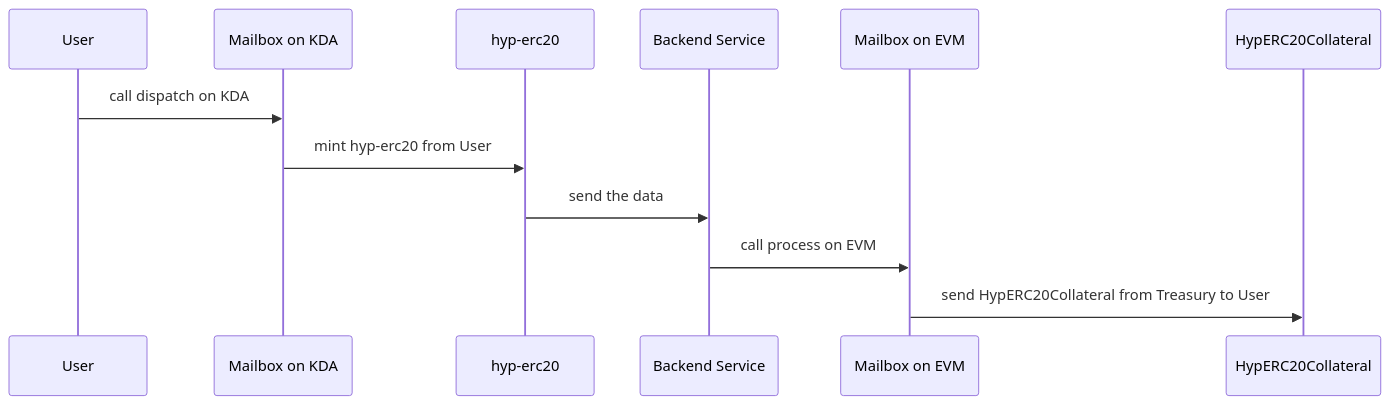
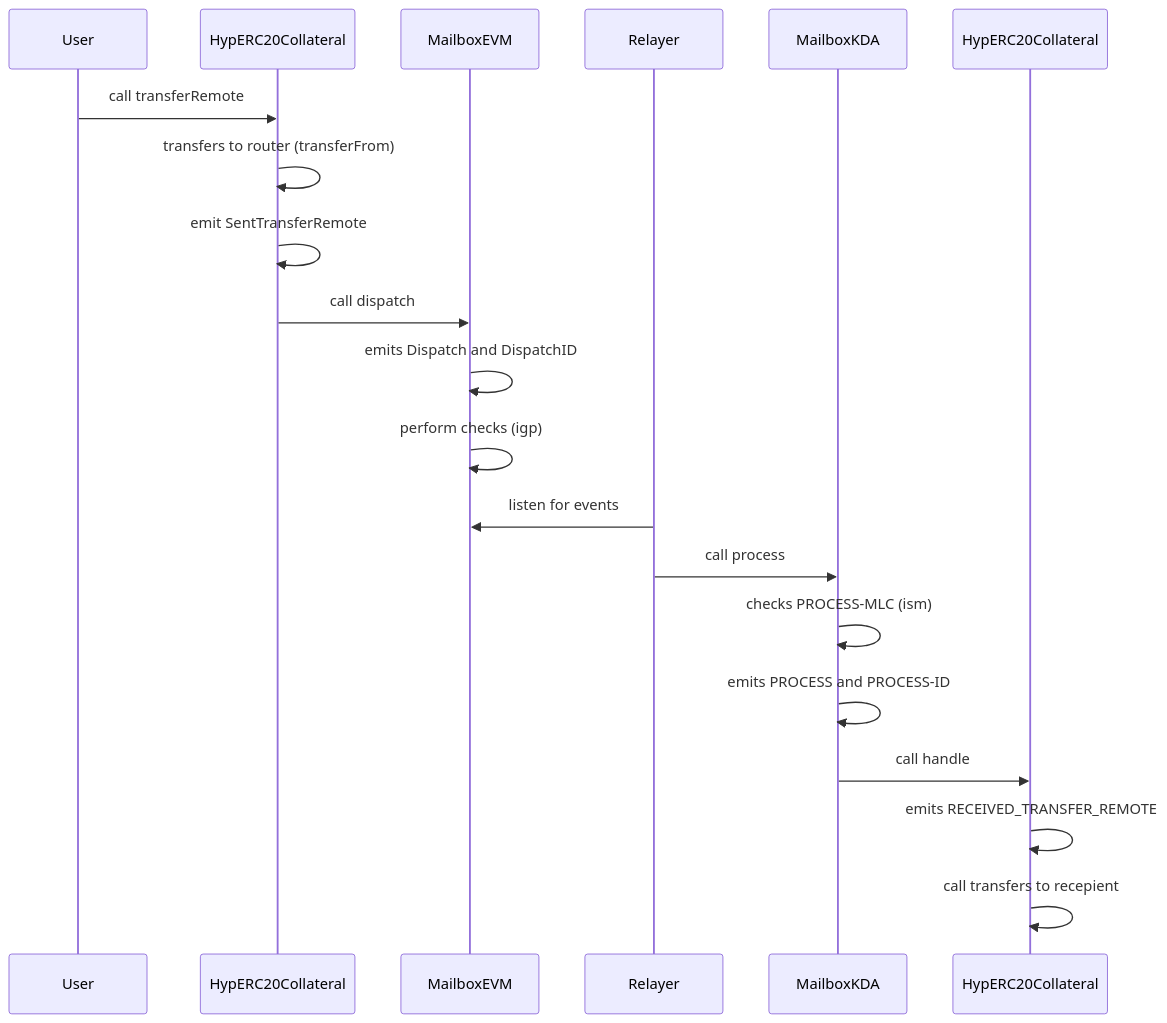
The fourth of 8 diagrams in docs/bridge-flow.md (RastkoDev/smart-contracts), drawn with Mermaid before and after one commit. The commit also changed other lines of this file, not shown here.

Commit message:
docs: update bridge flow documentation with detailed sequence diagrams for ETH to KDA and KDA to ETH transfers

````diff
--- a/docs/bridge-flow.md
+++ b/docs/bridge-flow.md
@@ -25,15 +93,28 @@
 ```mermaid
 sequenceDiagram
-    participant U as User
-    participant MKDA as Mailbox on KDA
-    participant KDA as hyp-erc20
-    participant BE as Backend Service
-    participant MEVM as Mailbox on EVM
-    participant EVM as HypERC20Collateral
+    participant User
+    participant HypERC20ETH as HypERC20Collateral
+    participant MailboxETH as MailboxEVM
+    participant Relayer
+    participant MailboxKDA as MailboxKDA
+    participant HypERC20KDA as HypERC20Collateral
 
-    U->>MKDA: call dispatch on KDA
-    MKDA->>KDA: mint hyp-erc20 from User
-    KDA->>BE: send the data
-    BE->>MEVM: call process on EVM
-    MEVM->>EVM: send HypERC20Collateral from Treasury to User
+    User->>HypERC20ETH: call transferRemote
+    HypERC20ETH->>HypERC20ETH: transfers to router (transferFrom)
+
+    HypERC20ETH->>HypERC20ETH: emit SentTransferRemote
+    HypERC20ETH->>MailboxETH: call dispatch
+    MailboxETH->>MailboxETH: emits Dispatch and DispatchID
+    MailboxETH->>MailboxETH: perform checks (igp)
+    Relayer->>MailboxETH: listen for events
+    Relayer->>MailboxKDA: call process
+
+    MailboxKDA->>MailboxKDA: checks PROCESS-MLC (ism)
+    MailboxKDA->>MailboxKDA: emits PROCESS and PROCESS-ID 
+
+    MailboxKDA->>HypERC20KDA: call handle
+
+    HypERC20KDA->>HypERC20KDA: emits RECEIVED_TRANSFER_REMOTE
+
+    HypERC20KDA->>HypERC20KDA: call transfers to recepient
 ```
````
